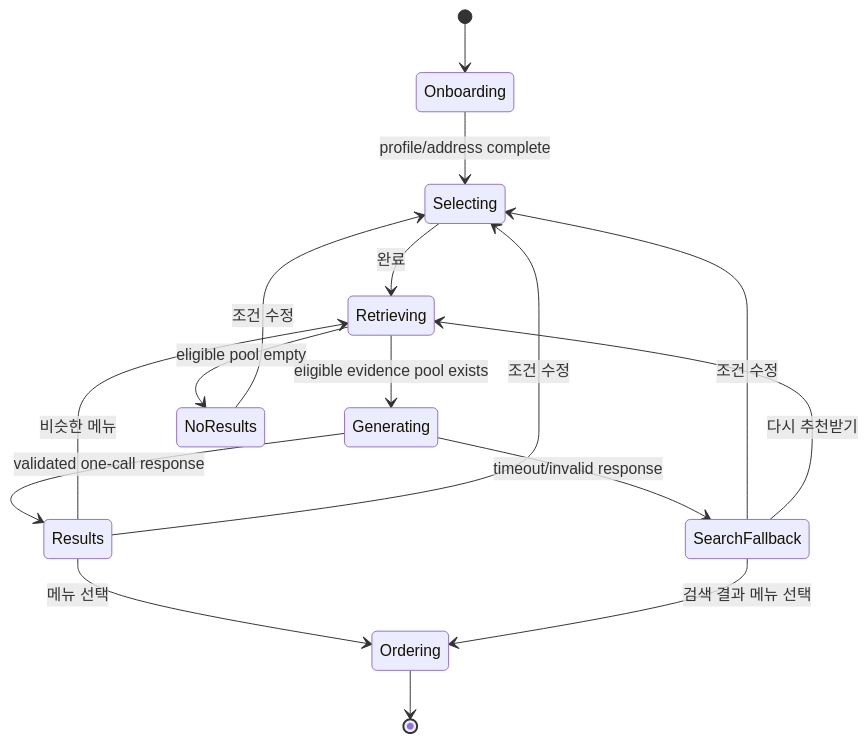
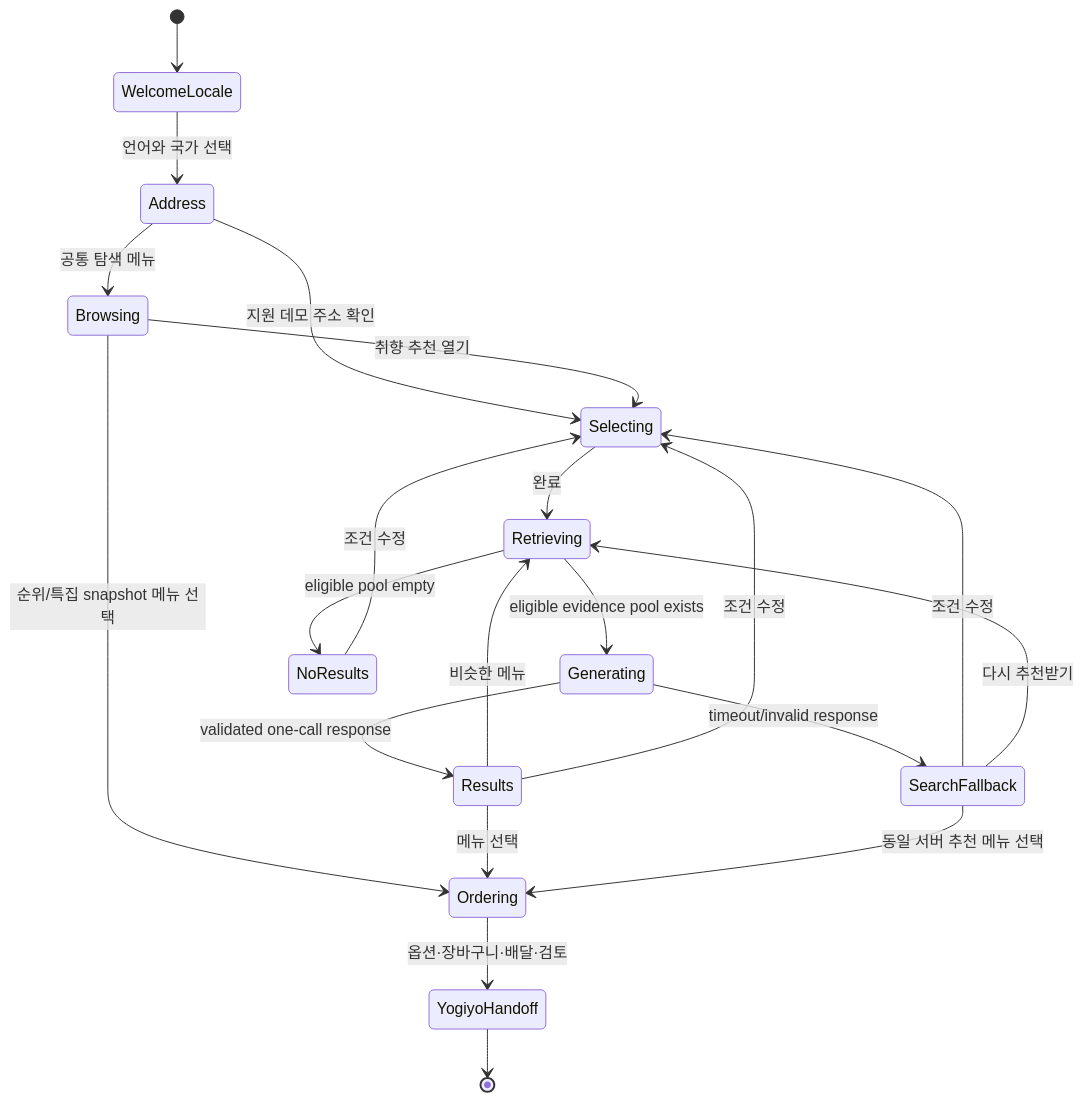
Before and after one commit to barleylover/YOBI: the diagram in docs/STRUCTURED_RECOMMENDATION_IMPLEMENTATION_PLAN.md, drawn with Mermaid. The commit also changed other lines of this file and 244 other files, not shown here.

````diff
--- a/docs/STRUCTURED_RECOMMENDATION_IMPLEMENTATION_PLAN.md
+++ b/docs/STRUCTURED_RECOMMENDATION_IMPLEMENTATION_PLAN.md
@@ -93,18 +100,23 @@
 ```mermaid
 stateDiagram-v2
-  [*] --> Onboarding
-  Onboarding --> Selecting: profile/address complete
+  [*] --> WelcomeLocale
+  WelcomeLocale --> Address: 언어와 국가 선택
+  Address --> Selecting: 지원 데모 주소 확인
+  Address --> Browsing: 공통 탐색 메뉴
+  Browsing --> Selecting: 취향 추천 열기
+  Browsing --> Ordering: 순위/특집 snapshot 메뉴 선택
   Selecting --> Retrieving: 완료
   Retrieving --> Generating: eligible evidence pool exists
   Retrieving --> NoResults: eligible pool empty
   Generating --> Results: validated one-call response
   Generating --> SearchFallback: timeout/invalid response
   Results --> Ordering: 메뉴 선택
   Results --> Retrieving: 비슷한 메뉴
   Results --> Selecting: 조건 수정
   SearchFallback --> Selecting: 조건 수정
   SearchFallback --> Retrieving: 다시 추천받기
-  SearchFallback --> Ordering: 검색 결과 메뉴 선택
+  SearchFallback --> Ordering: 동일 서버 추천 메뉴 선택
   NoResults --> Selecting: 조건 수정
-  Ordering --> [*]
+  Ordering --> YogiyoHandoff: 옵션·장바구니·배달·검토
+  YogiyoHandoff --> [*]
 ```
````
